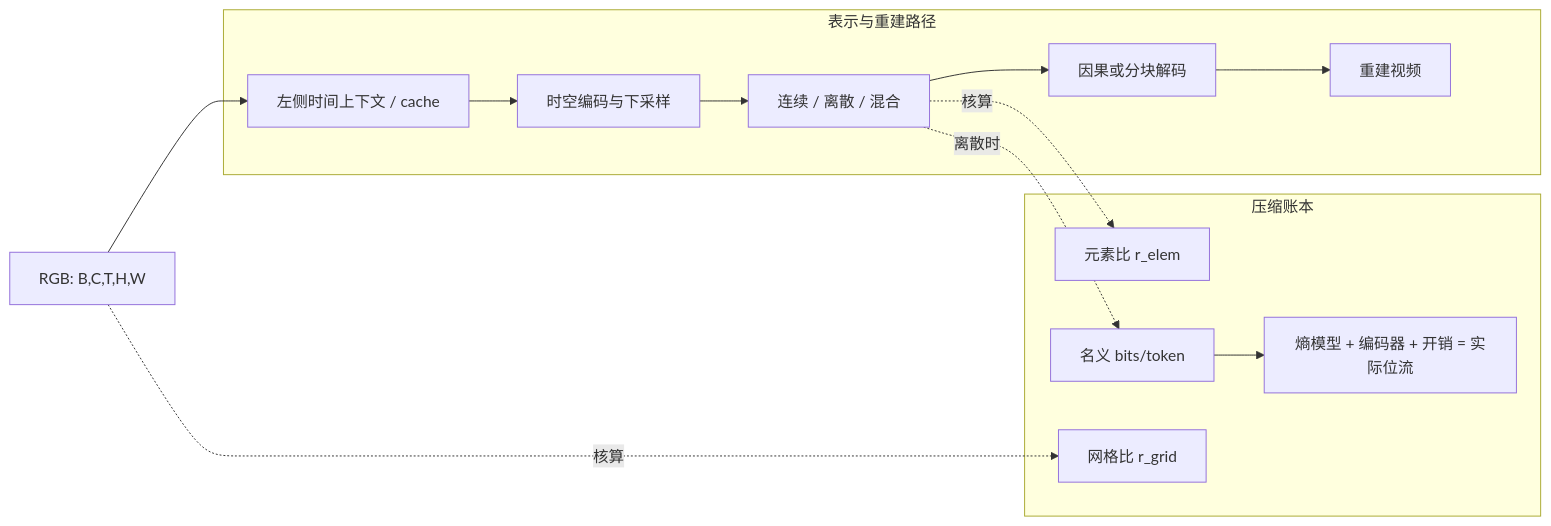
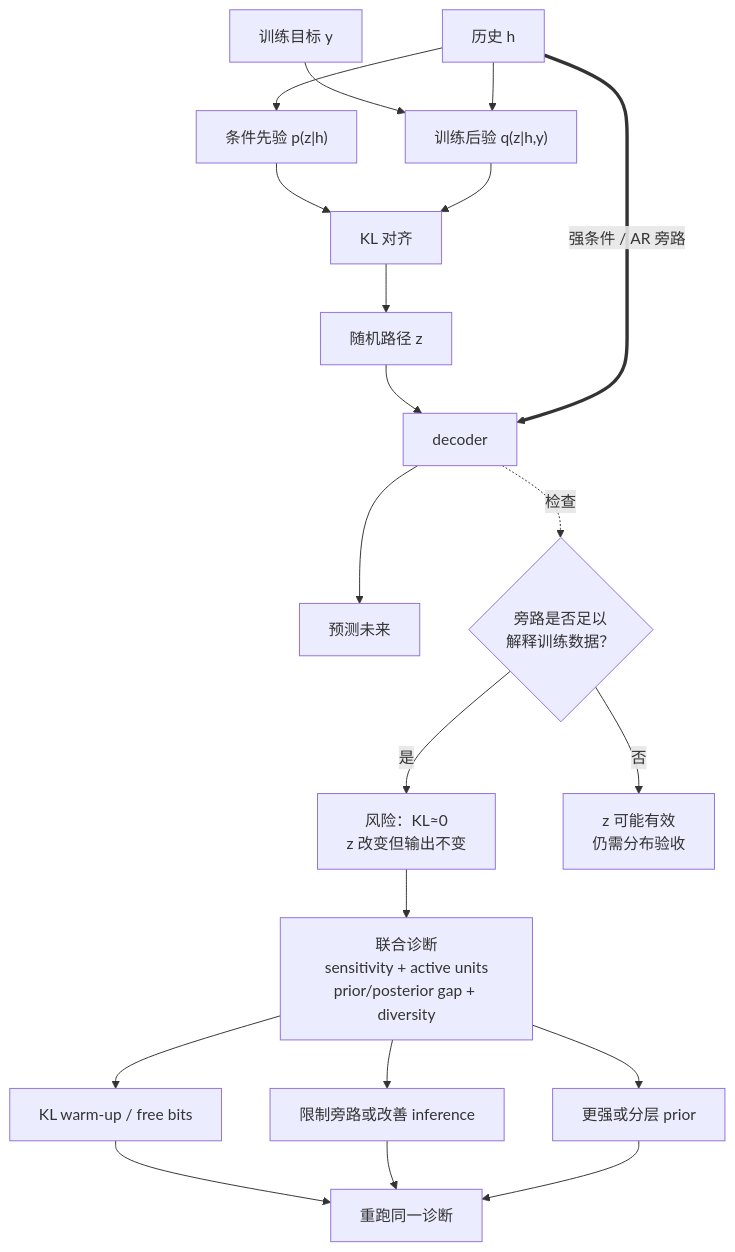
Before and after one commit to GVCLab/Video-Generation-101: the second of 2 diagrams in docs/generative-models/variational-generation.md, drawn with Mermaid. The commit also changed other lines of this file and 32 other files, not shown here.

````diff
--- a/docs/generative-models/variational-generation.md
+++ b/docs/generative-models/variational-generation.md
@@ -255,27 +125,28 @@
 ```mermaid
-flowchart LR
-    accTitle: 视频 tokenizer 的因果路径与四本压缩账
-    accDescr: RGB 视频沿只读当前与过去的时间路径进入编码器，形成连续离散或混合表示并重建；旁路分别核算网格、元素、名义 token 位数和真实位流。
+flowchart TB
+    accTitle: 变分视频模型的 posterior collapse 诊断与干预
+    accDescr: 历史既可经随机潜变量也可经强解码器旁路到输出；若旁路足够强，KL 接近零且改变潜变量不改变未来，应联合用灵敏度、有效维度、先验后验差距和多样性诊断，再选择针对性干预。
 
-    rgb["RGB: B,C,T,H,W"]
+    history["历史 h"] --> prior["条件先验 p(z|h)"]
+    target["训练目标 y"] --> posterior["训练后验 q(z|h,y)"]
+    history --> posterior
+    prior --> kl["KL 对齐"]
+    posterior --> kl
+    kl --> latent["随机路径 z"]
+    latent --> decoder["decoder"]
+    history ==>|"强条件 / AR 旁路"| decoder
+    decoder --> future["预测未来"]
 
-    subgraph representation["表示与重建路径"]
-        causal["左侧时间上下文 / cache"] --> encode["时空编码与下采样"]
-        encode --> latent["连续 / 离散 / 混合"]
-        latent --> decode["因果或分块解码"]
-        decode --> recon["重建视频"]
-    end
+    bypass{"旁路是否足以<br/>解释训练数据？"}
+    decoder -.检查.-> bypass
+    bypass -->|"是"| collapse["风险：KL≈0<br/>z 改变但输出不变"]
+    bypass -->|"否"| used["z 可能有效<br/>仍需分布验收"]
 
-    subgraph accounting["压缩账本"]
-        grid["网格比 r_grid"]
-        elements["元素比 r_elem"]
-        nominal["名义 bits/token"]
-        bitstream["熵模型 + 编码器 + 开销 = 实际位流"]
-    end
-
-    rgb --> causal
-    rgb -.核算.-> grid
-    latent -.核算.-> elements
-    latent -.离散时.-> nominal
-    nominal --> bitstream
+    collapse --> diagnose["联合诊断<br/>sensitivity + active units<br/>prior/posterior gap + diversity"]
+    diagnose --> schedule["KL warm-up / free bits"]
+    diagnose --> capacity["限制旁路或改善 inference"]
+    diagnose --> structure["更强或分层 prior"]
+    schedule --> recheck["重跑同一诊断"]
+    capacity --> recheck
+    structure --> recheck
 ```
````
